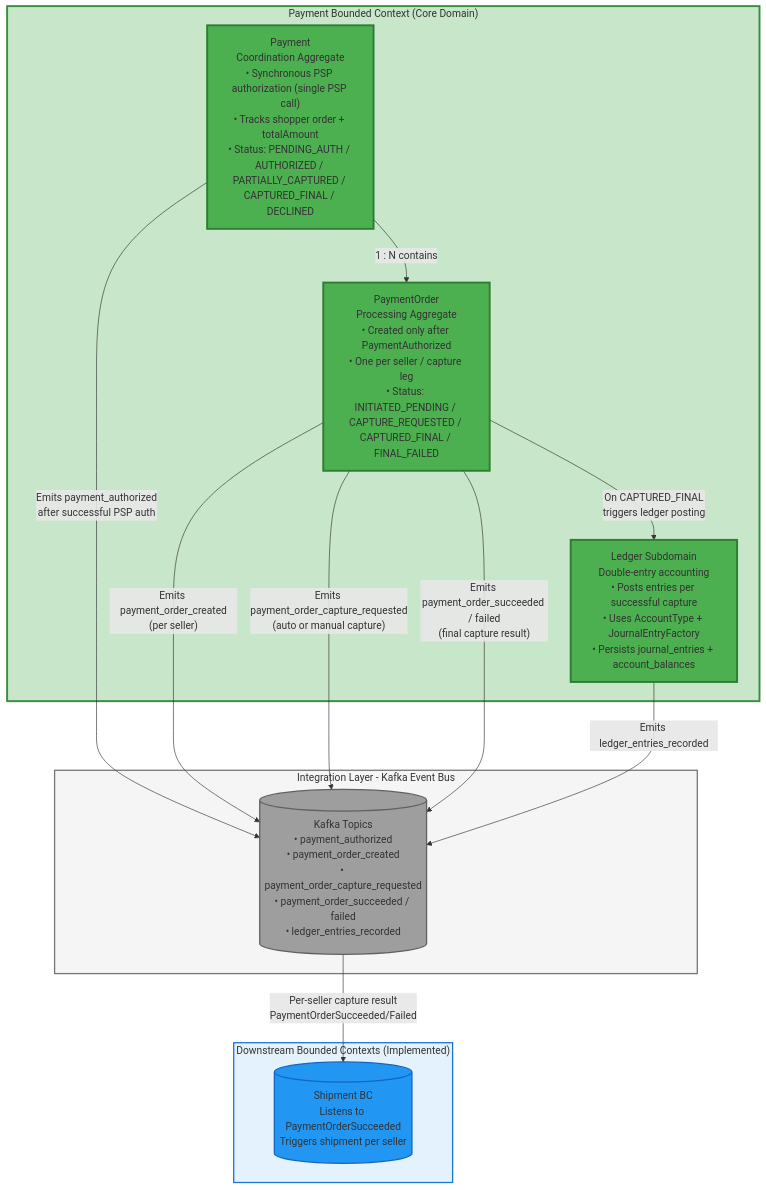
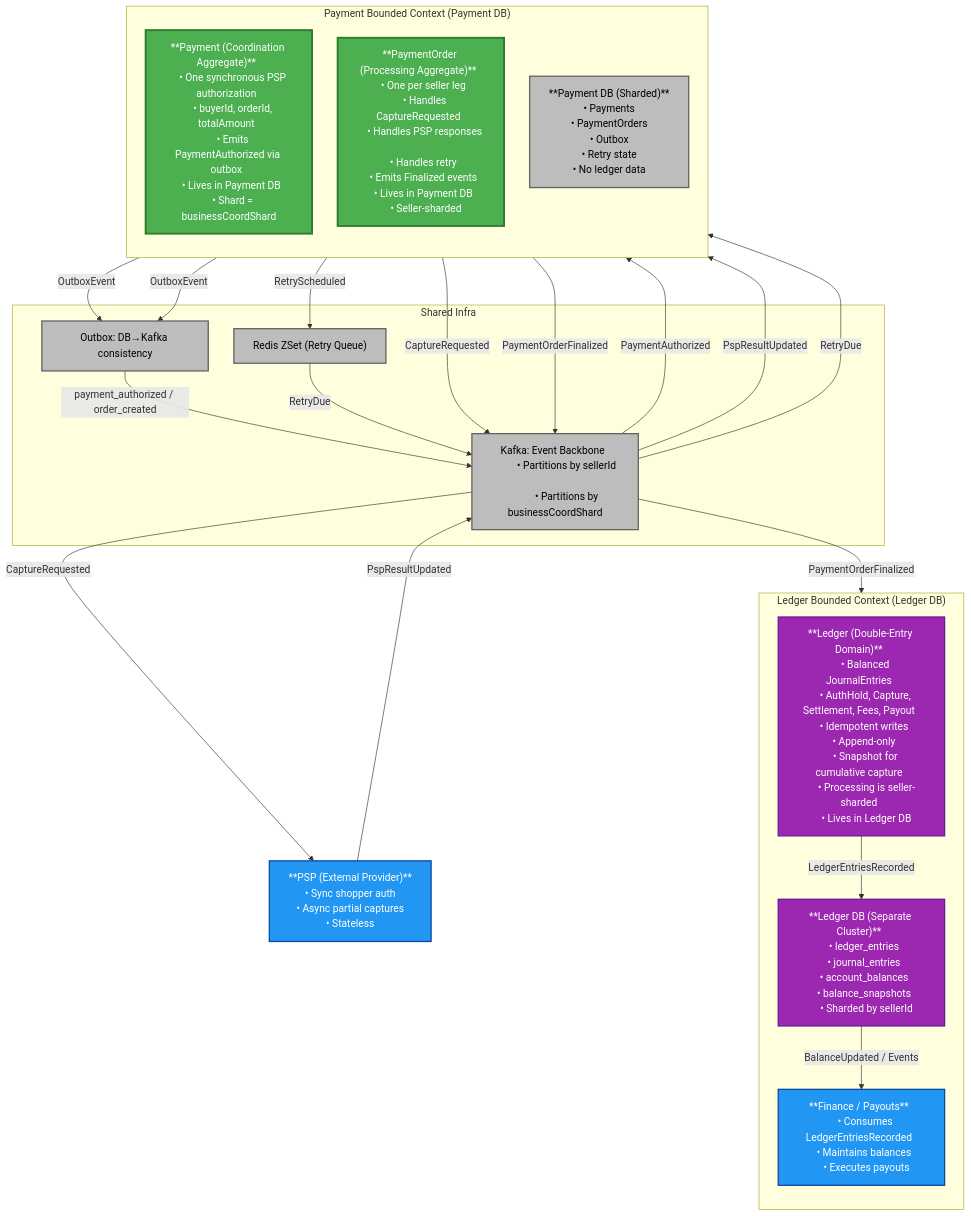
One commit to dcaglar/ecommerce-platform-kotlin changed the second of 10 diagrams in docs/architecture-internal-reader.md. Above: the diagram before and after it, drawn with Mermaid. The commit also changed other lines of this file and 140 other files, not shown here.

````diff
--- a/docs/architecture-internal-reader.md
+++ b/docs/architecture-internal-reader.md
@@ -89,42 +169,105 @@
 ```mermaid
-%%{init:{'theme':'default','flowchart':{'nodeSpacing':50,'rankSpacing':60}}}%%
+%%{init:{'theme':'default','flowchart':{'nodeSpacing':40,'rankSpacing':50}}}%%
 flowchart TB
-    classDef payment fill:#4CAF50,stroke:#2E7D32,stroke-width:3px;
-    classDef downstream fill:#2196F3,stroke:#1565C0,stroke-width:2px;
-    classDef infrastructure fill:#9E9E9E,stroke:#616161,stroke-width:2px;
-    
-    subgraph Payment_BC["Payment Bounded Context (Core Domain)"]
-        Payment_Agg["Payment<br/>Coordination Aggregate<br/>• Synchronous PSP authorization (single PSP call)<br/>• Tracks shopper order + totalAmount<br/>• Status: PENDING_AUTH / AUTHORIZED / PARTIALLY_CAPTURED / CAPTURED_FINAL / DECLINED"]:::payment
-        
-        PaymentOrder_Agg["PaymentOrder<br/>Processing Aggregate<br/>• Created only after PaymentAuthorized<br/>• One per seller / capture leg<br/>• Status: INITIATED_PENDING / CAPTURE_REQUESTED / CAPTURED_FINAL / FINAL_FAILED"]:::payment
-        
-        Ledger_Subdomain["Ledger Subdomain<br/>Double-entry accounting<br/>• Posts entries per successful capture<br/>• Uses AccountType + JournalEntryFactory<br/>• Persists journal_entries + account_balances"]:::payment
-    end
 
-    subgraph Integration["Integration Layer - Kafka Event Bus"]
-        KAFKA[("Kafka Topics<br/>• payment_authorized<br/>• payment_order_created<br/>• payment_order_capture_requested<br/>• payment_order_succeeded / failed<br/>• ledger_entries_recorded")]:::infrastructure
-    end
+%% STYLE
+classDef payment fill:#4CAF50,stroke:#2E7D32,stroke-width:3px,color:#fff
+classDef ledger fill:#9C27B0,stroke:#6A1B9A,stroke-width:2px,color:#fff
+classDef infra fill:#BDBDBD,stroke:#616161,stroke-width:2px,color:#000
+classDef downstream fill:#2196F3,stroke:#0D47A1,stroke-width:2px,color:#fff
 
-    subgraph Downstream_BCs["Downstream Bounded Contexts (Implemented)"]
-        Shipment_BC[("Shipment BC<br/>Listens to PaymentOrderSucceeded<br/>Triggers shipment per seller")]:::downstream
-    end
+%% PAYMENT BOUNDED CONTEXT (Payment DB)
+subgraph PaymentBC["Payment Bounded Context (Payment DB)"]
+    direction TB
 
-    %% Relationships inside Payment BC
-    Payment_Agg -->|"1 : N contains"| PaymentOrder_Agg
-    PaymentOrder_Agg -->|"On CAPTURED_FINAL<br/>triggers ledger posting"| Ledger_Subdomain
+    PaymentAgg["**Payment (Coordination Aggregate)**  
+    • One synchronous PSP authorization  
+    • buyerId, orderId, totalAmount  
+    • Emits PaymentAuthorized via outbox  
+    • Lives in Payment DB  
+    • Shard = businessCoordShard"]:::payment
 
-    %% Events out of Payment BC
-    Payment_Agg -->|"Emits payment_authorized<br/>after successful PSP auth"| KAFKA
-    PaymentOrder_Agg -->|"Emits payment_order_created<br/>(per seller)"| KAFKA
-    PaymentOrder_Agg -->|"Emits payment_order_capture_requested<br/>(auto or manual capture)"| KAFKA
-    PaymentOrder_Agg -->|"Emits payment_order_succeeded / failed<br/>(final capture result)"| KAFKA
-    Ledger_Subdomain -->|"Emits ledger_entries_recorded"| KAFKA
-    
-    %% Downstream consumption
-    KAFKA -->|"Per-seller capture result<br/>PaymentOrderSucceeded/Failed"| Shipment_BC
+    PaymentOrderAgg["**PaymentOrder (Processing Aggregate)**  
+    • One per seller leg  
+    • Handles CaptureRequested  
+    • Handles PSP responses  
+    • Handles retry  
+    • Emits Finalized events  
+    • Lives in Payment DB  
+    • Seller-sharded"]:::payment
 
-    %% Styling
-    style Payment_BC fill:#C8E6C9,stroke:#388E3C,stroke-width:3px
-    style Integration fill:#F5F5F5,stroke:#757575,stroke-width:2px
-    style Downstream_BCs fill:#E3F2FD,stroke:#1976D2,stroke-width:2px
+    PaymentDB["**Payment DB (Sharded)**  
+    • Payments  
+    • PaymentOrders  
+    • Outbox  
+    • Retry state  
+    • No ledger data"]:::infra
+end
+
+%% INFRASTRUCTURE
+subgraph Infra["Shared Infra"]
+    Outbox["Outbox: DB→Kafka consistency"]:::infra
+    Kafka["Kafka: Event Backbone  
+          • Partitions by sellerId  
+          • Partitions by businessCoordShard"]:::infra
+    Redis["Redis ZSet (Retry Queue)"]:::infra
+end
+
+%% LEDGER BOUNDED CONTEXT (Ledger DB)
+subgraph LedgerBC["Ledger Bounded Context (Ledger DB)"]
+    direction TB
+
+    Ledger["**Ledger (Double-Entry Domain)**  
+    • Balanced JournalEntries  
+    • AuthHold, Capture, Settlement, Fees, Payout  
+    • Idempotent writes  
+    • Append-only  
+    • Snapshot for cumulative capture  
+    • Processing is seller-sharded  
+    • Lives in Ledger DB"]:::ledger
+
+    LedgerDB["**Ledger DB (Separate Cluster)**  
+    • ledger_entries  
+    • journal_entries  
+    • account_balances  
+    • balance_snapshots  
+    • Sharded by sellerId"]:::ledger
+
+    Finance["**Finance / Payouts**  
+    • Consumes LedgerEntriesRecorded  
+    • Maintains balances  
+    • Executes payouts"]:::downstream
+end
+
+%% PSP
+PSP["**PSP (External Provider)**  
+• Sync shopper auth  
+• Async partial captures  
+• Stateless"]:::downstream
+
+%% FLOWS
+
+%% Payment creation
+PaymentAgg -->|"OutboxEvent<PaymentAuthorized>"| Outbox
+PaymentOrderAgg -->|"OutboxEvent<PaymentOrderCreated>"| Outbox
+Outbox -->|"payment_authorized / order_created"| Kafka
+
+Kafka -->|"PaymentAuthorized"| PaymentOrderAgg
+
+%% Capture pipeline
+PaymentOrderAgg -->|"CaptureRequested"| Kafka
+Kafka -->|"CaptureRequested"| PSP
+PSP -->|"PspResultUpdated"| Kafka
+Kafka -->|"PspResultUpdated"| PaymentOrderAgg
+
+%% Retry 
+PaymentOrderAgg -->|"RetryScheduled"| Redis
+Redis -->|"RetryDue"| Kafka
+Kafka -->|"RetryDue"| PaymentOrderAgg
+
+%% Ledger flow
+PaymentOrderAgg -->|"PaymentOrderFinalized"| Kafka
+Kafka -->|"PaymentOrderFinalized"| Ledger
+Ledger -->|"LedgerEntriesRecorded"| LedgerDB
+LedgerDB -->|"BalanceUpdated / Events"| Finance
 ```
````
